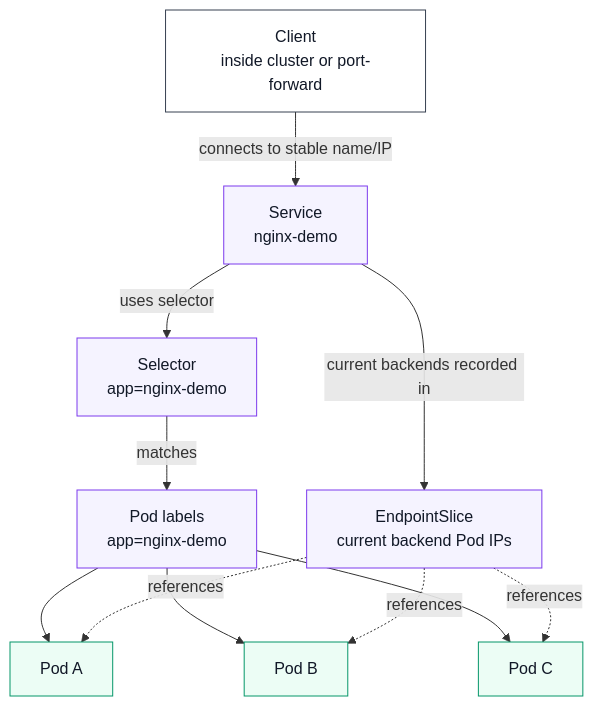
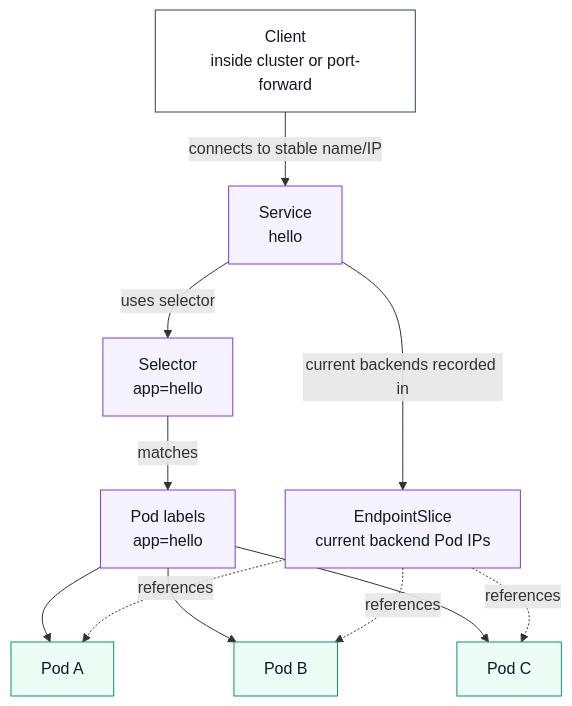
The fourth of 5 diagrams in part-01-local-kubernetes/kubernetes-universe-map.md (jimmfan/learn-kubernetes), drawn with Mermaid before and after one commit. The commit also changed other lines of this file and 4 other files, not shown here.

````diff
--- a/part-01-local-kubernetes/kubernetes-universe-map.md
+++ b/part-01-local-kubernetes/kubernetes-universe-map.md
@@ -144,30 +144,30 @@
 ```mermaid
 flowchart TB
   client["Client<br/>inside cluster or port-forward"]
-  svc["Service<br/>nginx-demo"]
-  selector["Selector<br/>app=nginx-demo"]
-  labels["Pod labels<br/>app=nginx-demo"]
+  svc["Service<br/>hello"]
+  selector["Selector<br/>app=hello"]
+  labels["Pod labels<br/>app=hello"]
   slice["EndpointSlice<br/>current backend Pod IPs"]
   pod1["Pod A"]
   pod2["Pod B"]
   pod3["Pod C"]
 
   client -->|"connects to stable name/IP"| svc
   svc -->|"uses selector"| selector
   selector -->|"matches"| labels
   labels --> pod1
   labels --> pod2
   labels --> pod3
   svc -->|"current backends recorded in"| slice
   slice -.->|"references"| pod1
   slice -.->|"references"| pod2
   slice -.->|"references"| pod3
 
   classDef serviceBox fill:#f5f3ff,stroke:#7c3aed,stroke-width:1px,color:#111827
   classDef podBox fill:#ecfdf5,stroke:#059669,stroke-width:1px,color:#111827
   classDef objectBox fill:#ffffff,stroke:#374151,stroke-width:1px,color:#111827
 
   class svc,selector,labels,slice serviceBox
   class pod1,pod2,pod3 podBox
   class client objectBox
 ```
````
